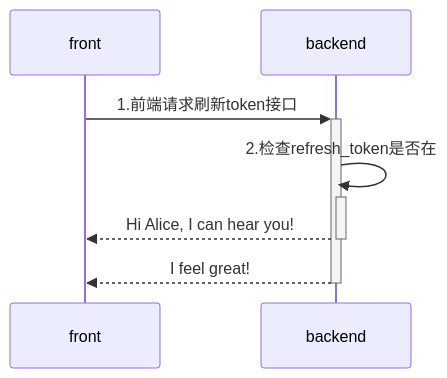
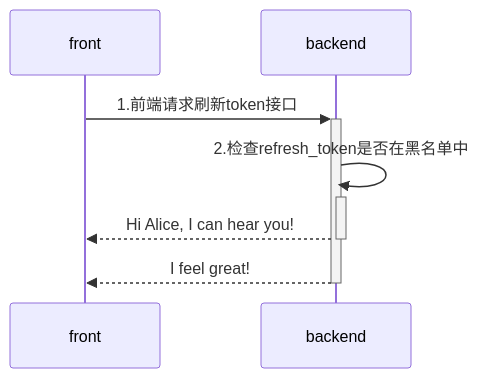
Before and after one commit to yingjianzh/iodraw-files: the diagram in all/未命名-4.md, drawn with Mermaid.

Commit message:
2024-08-02 17:41:14 update

````diff
--- a/all/未命名-4.md
+++ b/all/未命名-4.md
@@ -1,8 +1,8 @@
 ```mermaid
 sequenceDiagram
     front->>+backend: 1.前端请求刷新token接口
-    backend->>+backend: 2.检查refresh_token是否在
+    backend->>+backend: 2.检查refresh_token是否在黑名单中
     backend-->>-front: Hi Alice, I can hear you!
     backend-->>-front: I feel great!
             
 ```
````
